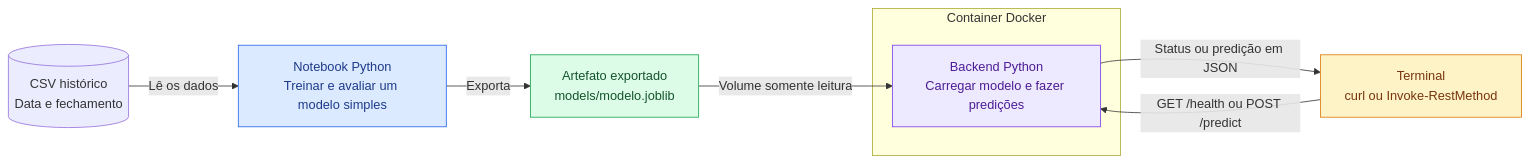
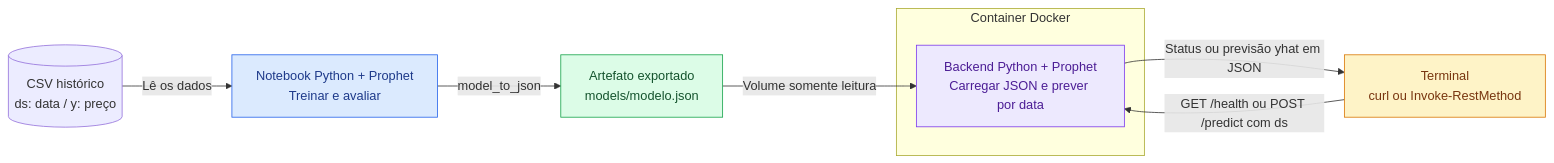
Before and after one commit to C-Icaro/ponderada-m7-predicao-moeda: the first of 2 diagrams in docs/arquitetura.md, drawn with Mermaid. The commit also changed other lines of this file and 14 other files, not shown here.

Commit message:
docs: adota Prophet e serializacao nativa em JSON

````diff
--- a/docs/arquitetura.md
+++ b/docs/arquitetura.md
@@ -13,27 +13,27 @@
 ```mermaid
 flowchart LR
-    CSV[("CSV histórico<br/>Data e fechamento")]
-    Treino["Notebook Python<br/>Treinar e avaliar um modelo simples"]
-    Modelo["Artefato exportado<br/>models/modelo.joblib"]
+    CSV[("CSV histórico<br/>ds: data / y: preço")]
+    Treino["Notebook Python + Prophet<br/>Treinar e avaliar"]
+    Modelo["Artefato exportado<br/>models/modelo.json"]
 
     subgraph Docker["Container Docker"]
-        API["Backend Python<br/>Carregar modelo e fazer predições"]
+        API["Backend Python + Prophet<br/>Carregar JSON e prever por data"]
     end
 
     Terminal["Terminal<br/>curl ou Invoke-RestMethod"]
 
     CSV -->|Lê os dados| Treino
-    Treino -->|Exporta| Modelo
+    Treino -->|model_to_json| Modelo
     Modelo -->|Volume somente leitura| API
-    Terminal -->|"GET /health ou POST /predict"| API
-    API -->|"Status ou predição em JSON"| Terminal
+    Terminal -->|"GET /health ou POST /predict com ds"| API
+    API -->|"Status ou previsão yhat em JSON"| Terminal
 
     classDef treino fill:#dbeafe,stroke:#2563eb,color:#1e3a8a
     classDef modelo fill:#dcfce7,stroke:#16a34a,color:#14532d
     classDef servico fill:#ede9fe,stroke:#7c3aed,color:#4c1d95
     classDef cliente fill:#fef3c7,stroke:#d97706,color:#78350f
     class Treino treino
     class Modelo modelo
     class API servico
     class Terminal cliente
 ```
````
